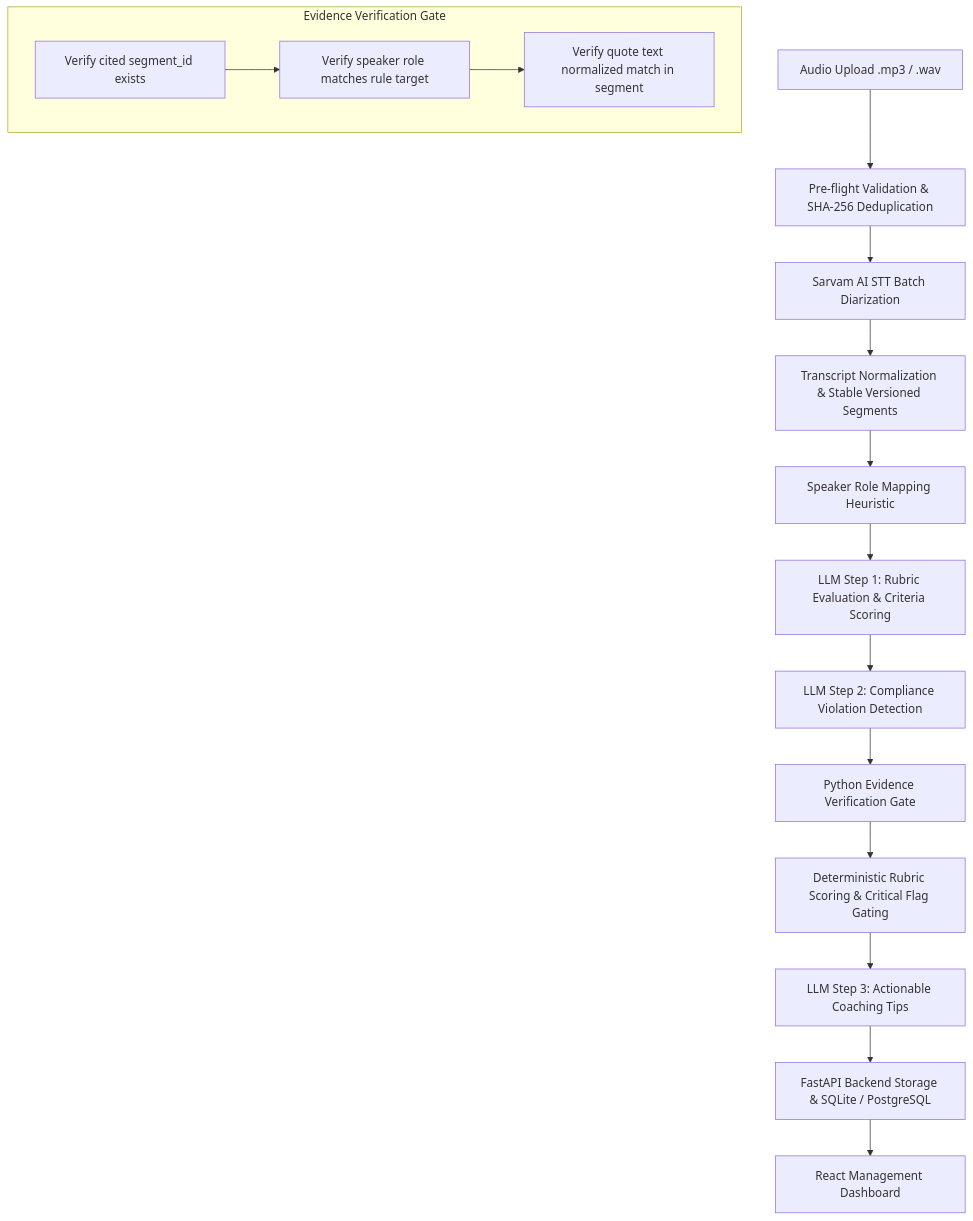
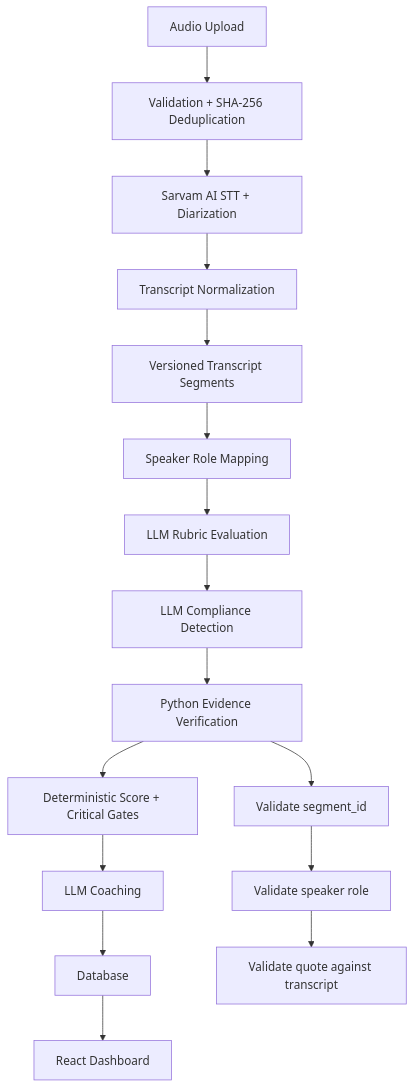
The diagram in README.md (AdityaYad12047/PW-QA-Sales-Agent), drawn with Mermaid before and after one commit. The commit also changed other lines of this file, not shown here.

````diff
--- a/README.md
+++ b/README.md
@@ -9,21 +87,19 @@
 ```mermaid
 flowchart TD
-    A[Audio Upload .mp3 / .wav] --> B[Pre-flight Validation & SHA-256 Deduplication]
-    B --> C[Sarvam AI STT Batch Diarization]
-    C --> D[Transcript Normalization & Stable Versioned Segments]
-    D --> E[Speaker Role Mapping Heuristic]
-    E --> F[LLM Step 1: Rubric Evaluation & Criteria Scoring]
-    F --> G[LLM Step 2: Compliance Violation Detection]
-    G --> H[Python Evidence Verification Gate]
-    H --> I[Deterministic Rubric Scoring & Critical Flag Gating]
-    I --> J[LLM Step 3: Actionable Coaching Tips]
-    J --> K[FastAPI Backend Storage & SQLite / PostgreSQL]
-    K --> L[React Management Dashboard]
+    A[Audio Upload] --> B[Validation + SHA-256 Deduplication]
+    B --> C[Sarvam AI STT + Diarization]
+    C --> D[Transcript Normalization]
+    D --> E[Versioned Transcript Segments]
+    E --> F[Speaker Role Mapping]
+    F --> G[LLM Rubric Evaluation]
+    G --> H[LLM Compliance Detection]
+    H --> I[Python Evidence Verification]
+    I --> J[Deterministic Score + Critical Gates]
+    J --> K[LLM Coaching]
+    K --> L[Database]
+    L --> M[React Dashboard]
 
-    subgraph Evidence Verification Gate
-        H1[Verify cited segment_id exists]
-        H2[Verify speaker role matches rule target]
-        H3[Verify quote text normalized match in segment]
-        H1 --> H2 --> H3
-    end
+    I --> I1[Validate segment_id]
+    I1 --> I2[Validate speaker role]
+    I2 --> I3[Validate quote against transcript]
 ```
````
